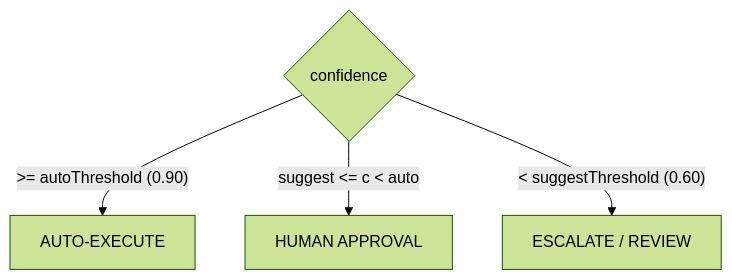
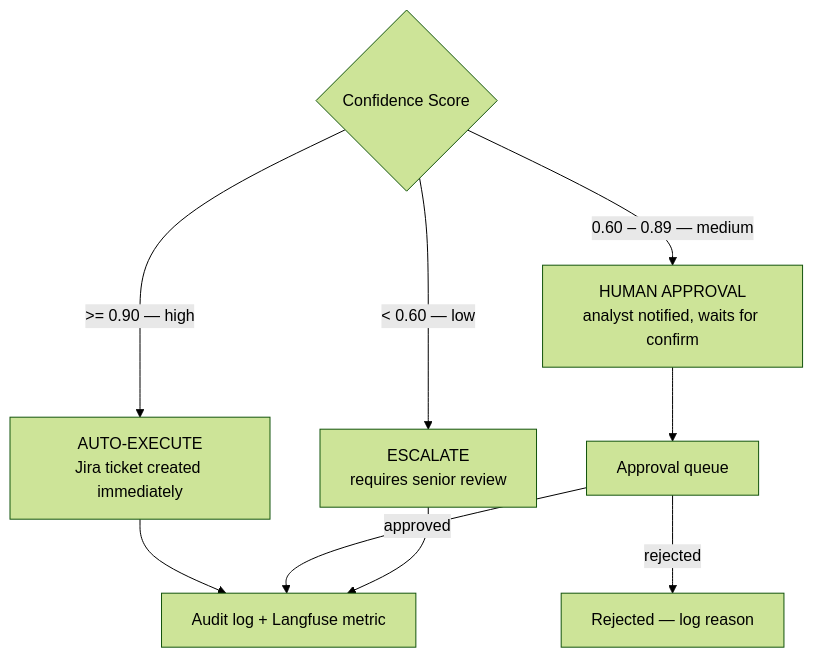
The third of 8 diagrams in ai-secops-copilot/docs/diagrams/architecture.md (nirajpathak3/ands-ai), drawn with Mermaid (forest theme) before and after one commit. The commit also changed other lines of this file and 3 other files, not shown here.

Commit message:
docs: add 8 architecture diagrams, resume draft, portal copy, interview topic guide, log conv 13-16

````diff
--- a/ai-secops-copilot/docs/diagrams/architecture.md
+++ b/ai-secops-copilot/docs/diagrams/architecture.md
@@ -44,6 +122,13 @@
 ```mermaid
 flowchart TD
-    C{confidence} -->|">= autoThreshold (0.90)"| A[AUTO-EXECUTE]
-    C -->|"suggest <= c < auto"| H[HUMAN APPROVAL]
-    C -->|"< suggestThreshold (0.60)"| E[ESCALATE / REVIEW]
+    C{Confidence Score}
+    C -->|">= 0.90 — high"| A[AUTO-EXECUTE\nJira ticket created immediately]
+    C -->|"0.60 – 0.89 — medium"| H[HUMAN APPROVAL\nanalyst notified, waits for confirm]
+    C -->|"< 0.60 — low"| E[ESCALATE\nrequires senior review]
+
+    A --> LOG[Audit log + Langfuse metric]
+    H --> WAIT[Approval queue]
+    WAIT -->|approved| LOG
+    WAIT -->|rejected| REJ[Rejected — log reason]
+    E --> LOG
 ```
````
